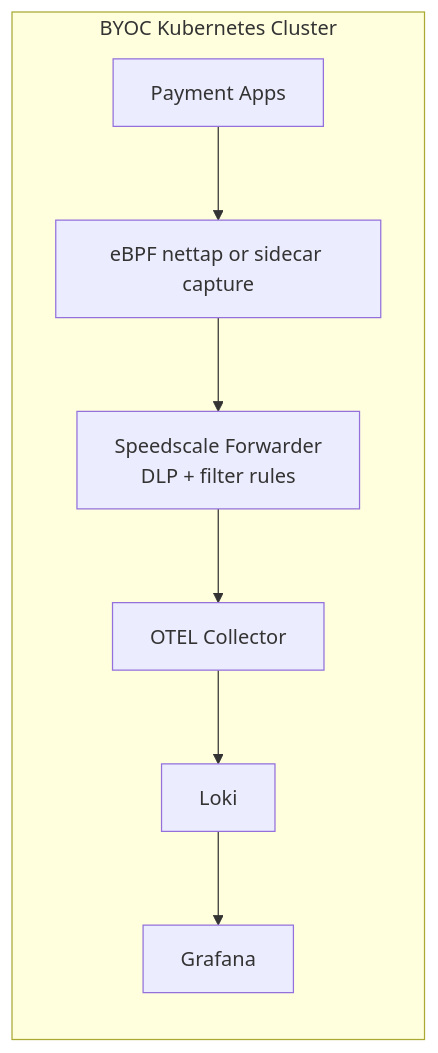
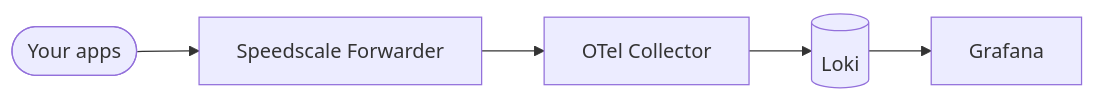
The first of 2 diagrams in reference-architectures/grafana/README.md (speedscale/demo), drawn with Mermaid before and after one commit. The commit also changed other lines of this file and 2 other files, not shown here.

First line of the commit message:
feat(grafana/scripts): loki-gather.py — BYOC traffic → proxymock-replayable directory (#150)

````diff
--- a/reference-architectures/grafana/README.md
+++ b/reference-architectures/grafana/README.md
@@ -7,13 +9,7 @@
 ```mermaid
 flowchart LR
-  subgraph K8s[BYOC Kubernetes Cluster]
-    Apps[Payment Apps]
-    Cap[eBPF nettap or sidecar capture]
-    Fwd[Speedscale Forwarder\nDLP + filter rules]
-    OTel[OTEL Collector]
-    Loki[Loki]
-    Grafana[Grafana]
-  end
-
-  Apps --> Cap --> Fwd --> OTel --> Loki --> Grafana
+    apps([Your apps]) --> fwd[Speedscale Forwarder]
+    fwd --> col[OTel Collector]
+    col --> loki[(Loki)]
+    loki --> grafana[Grafana]
 ```
````
